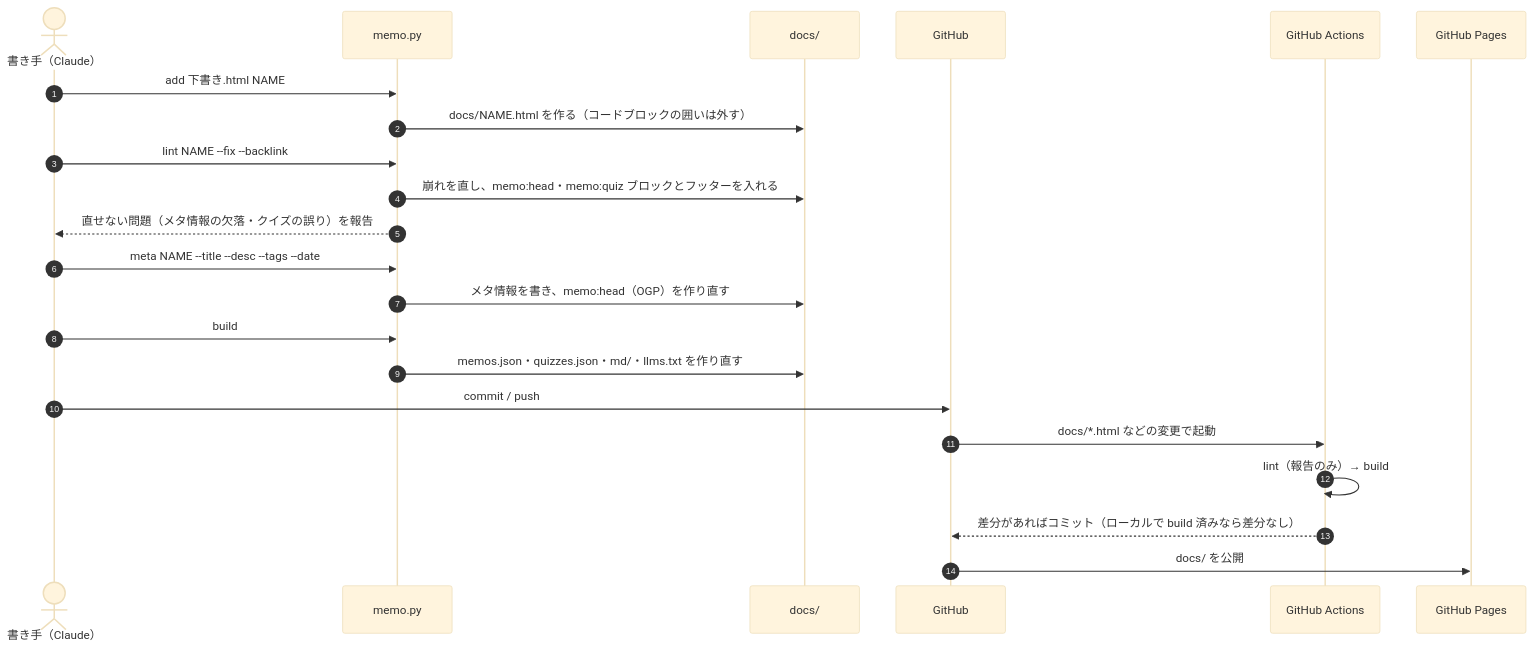
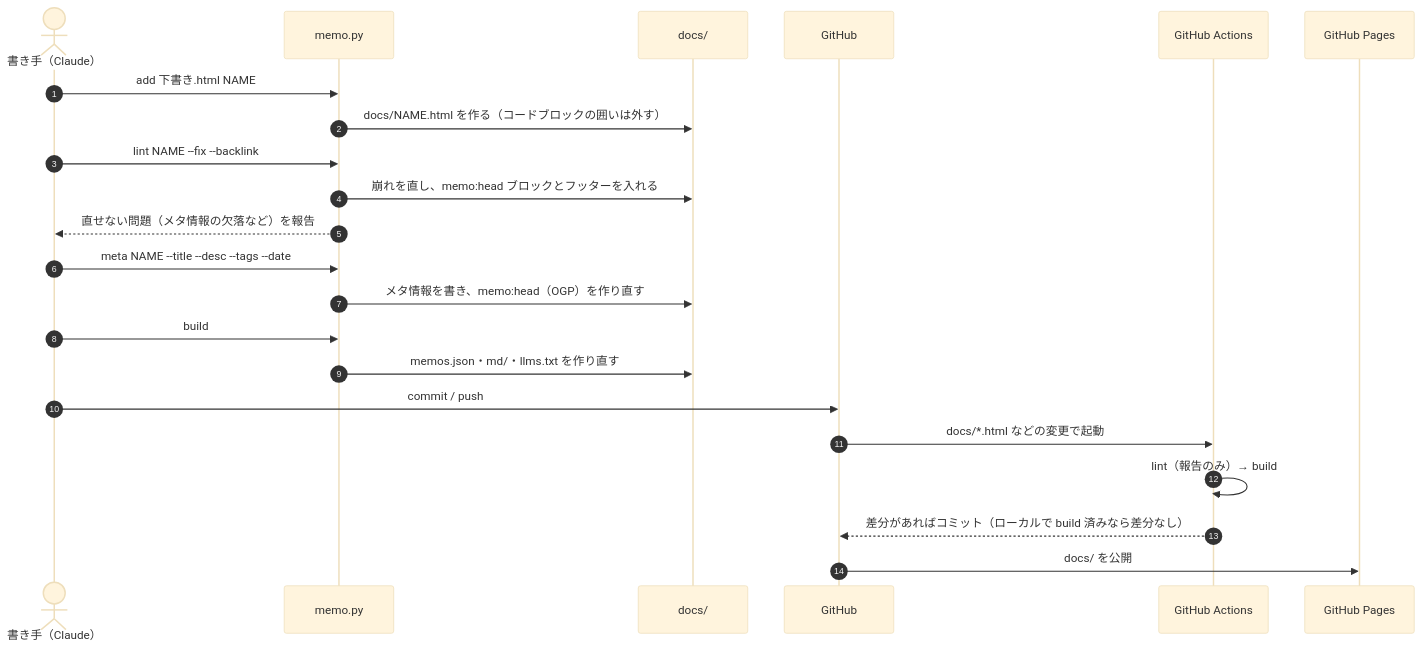
One commit to taka1156/back-of-the-flyer changed the third of 7 diagrams in memo-detail.md. Above: the diagram before and after it, drawn with Mermaid (base theme). The commit also changed other lines of this file and 33 other files, not shown here.

````diff
--- a/memo-detail.md
+++ b/memo-detail.md
@@ -173,25 +147,25 @@
 ```mermaid
 sequenceDiagram
   autonumber
   actor U as 書き手（Claude）
   participant P as memo.py
   participant D as docs/
   participant G as GitHub
   participant A as GitHub Actions
   participant S as GitHub Pages
 
   U->>P: add 下書き.html NAME
   P->>D: docs/NAME.html を作る（コードブロックの囲いは外す）
   U->>P: lint NAME --fix --backlink
-  P->>D: 崩れを直し、memo:head・memo:quiz ブロックとフッターを入れる
-  P-->>U: 直せない問題（メタ情報の欠落・クイズの誤り）を報告
+  P->>D: 崩れを直し、memo:head ブロックとフッターを入れる
+  P-->>U: 直せない問題（メタ情報の欠落など）を報告
   U->>P: meta NAME --title --desc --tags --date
   P->>D: メタ情報を書き、memo:head（OGP）を作り直す
   U->>P: build
-  P->>D: memos.json・quizzes.json・md/・llms.txt を作り直す
+  P->>D: memos.json・md/・llms.txt を作り直す
   U->>G: commit / push
   G->>A: docs/*.html などの変更で起動
   A->>A: lint（報告のみ）→ build
   A-->>G: 差分があればコミット（ローカルで build 済みなら差分なし）
   G->>S: docs/ を公開
 ```
````
